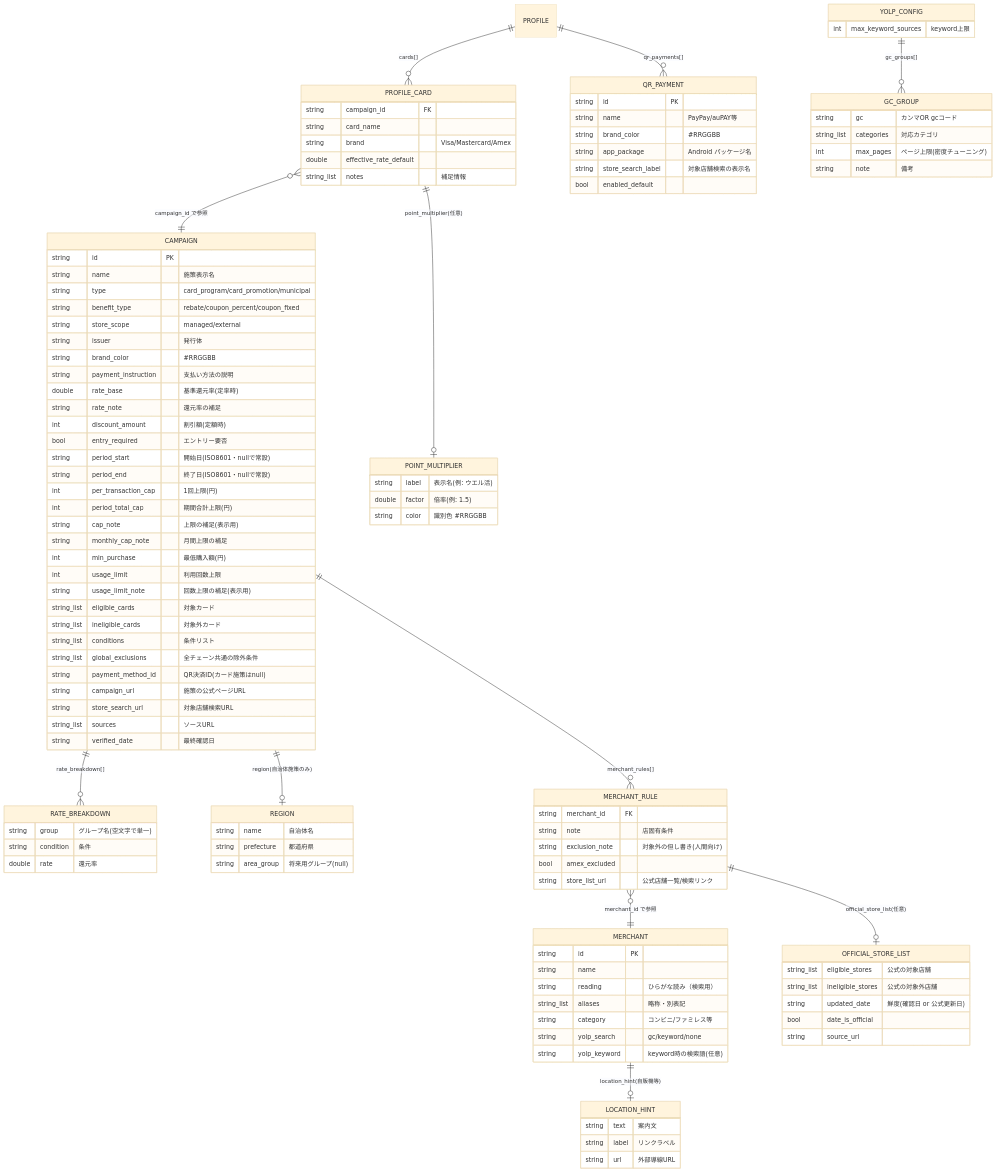
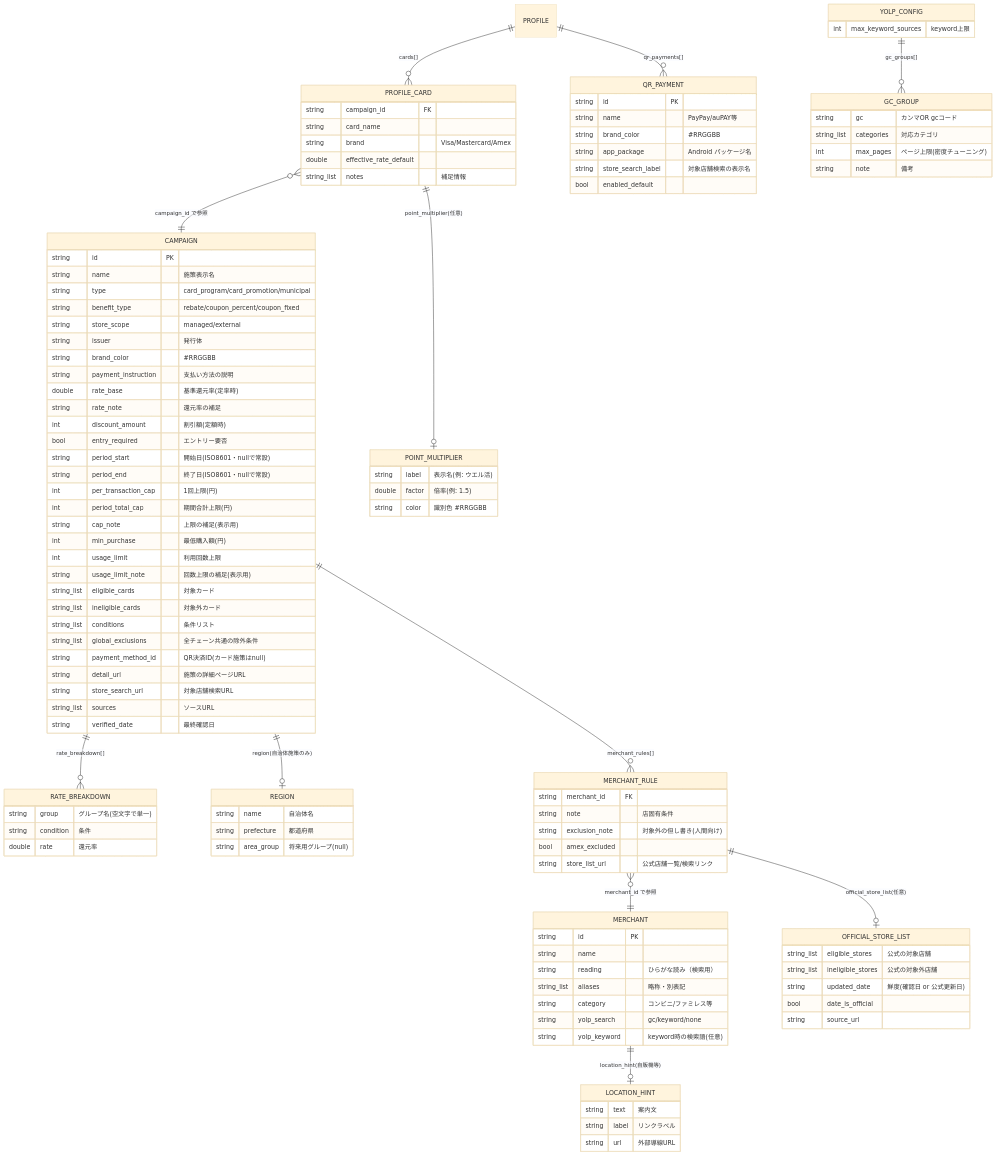
Before and after one commit to ktakjm/poikatsu: the second of 6 diagrams in docs/code-guide.md, drawn with Mermaid (base theme). The commit also changed other lines of this file and 5 other files, not shown here.

First line of the commit message:
refactor: rename campaign_url to detail_url and merge monthly_cap_note into cap_note

```diff
--- a/docs/code-guide.md
+++ b/docs/code-guide.md
@@ -161,7 +161,6 @@
         int per_transaction_cap "1回上限(円)"
         int period_total_cap "期間合計上限(円)"
         string cap_note "上限の補足(表示用)"
-        string monthly_cap_note "月間上限の補足"
         int min_purchase "最低購入額(円)"
         int usage_limit "利用回数上限"
         string usage_limit_note "回数上限の補足(表示用)"
@@ -170,7 +169,7 @@
         string_list conditions "条件リスト"
         string_list global_exclusions "全チェーン共通の除外条件"
         string payment_method_id "QR決済ID(カード施策はnull)"
-        string campaign_url "施策の公式ページURL"
+        string detail_url "施策の詳細ページURL"
         string store_search_url "対象店舗検索URL"
         string_list sources "ソースURL"
         string verified_date "最終確認日"
```
